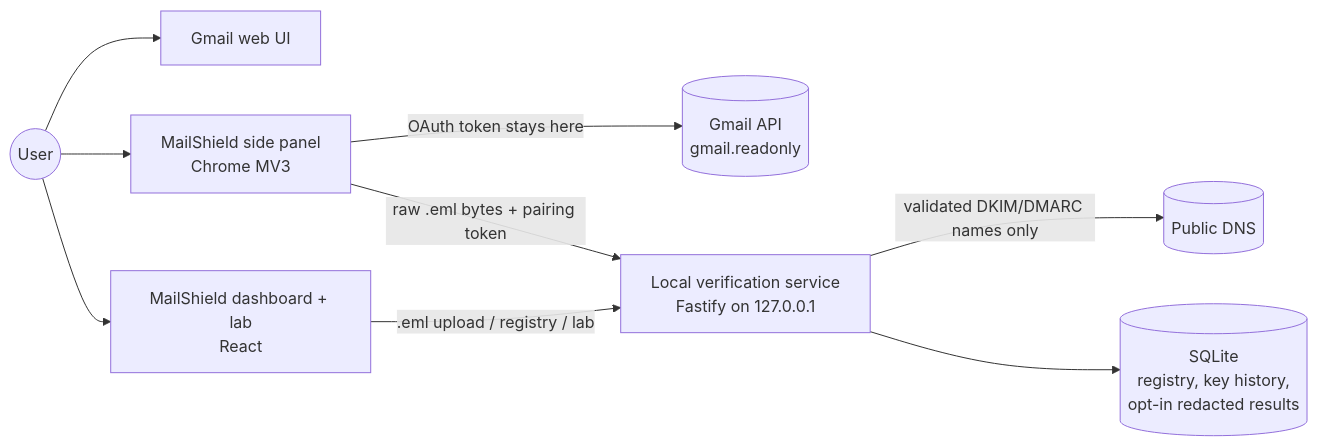
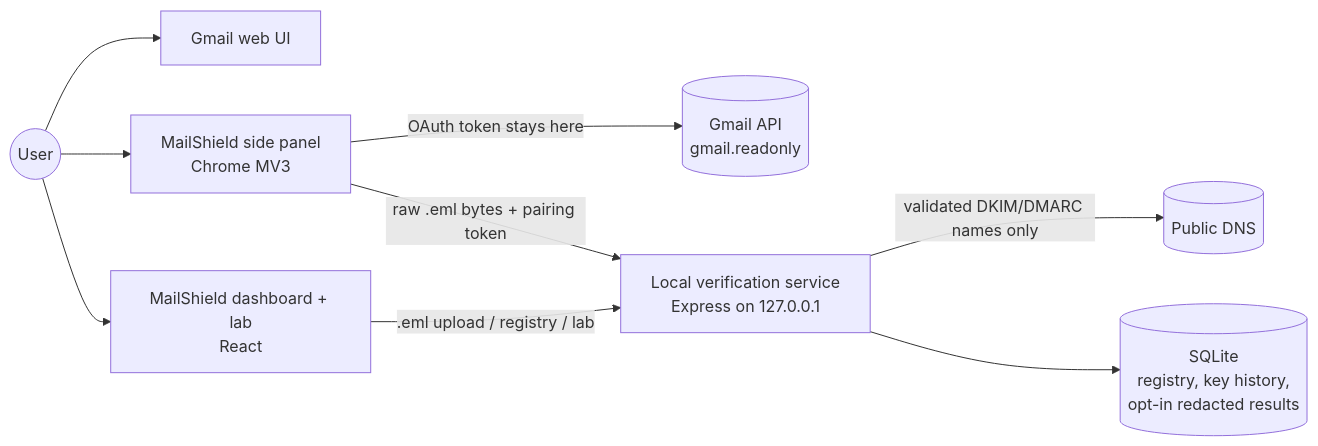
One commit to FarooqK-Nu/MailShield changed the first of 6 diagrams in docs/architecture.md. Above: the diagram before and after it, drawn with Mermaid. The commit also changed other lines of this file and 2 other files, not shown here.

Commit message:
docs: switch the local service from Fastify to Express

````diff
--- a/docs/architecture.md
+++ b/docs/architecture.md
@@ -10,11 +10,11 @@
 ```mermaid
 flowchart LR
     U((User)) --> GM[Gmail web UI]
     U --> EXT[MailShield side panel<br/>Chrome MV3]
     U --> WEB[MailShield dashboard + lab<br/>React]
     EXT -- OAuth token stays here --> GAPI[(Gmail API<br/>gmail.readonly)]
-    EXT -- raw .eml bytes + pairing token --> SRV[Local verification service<br/>Fastify on 127.0.0.1]
+    EXT -- raw .eml bytes + pairing token --> SRV[Local verification service<br/>Express on 127.0.0.1]
     WEB -- .eml upload / registry / lab --> SRV
     SRV -- validated DKIM/DMARC names only --> DNS[(Public DNS)]
     SRV --> DB[(SQLite<br/>registry, key history,<br/>opt-in redacted results)]
 ```
````
